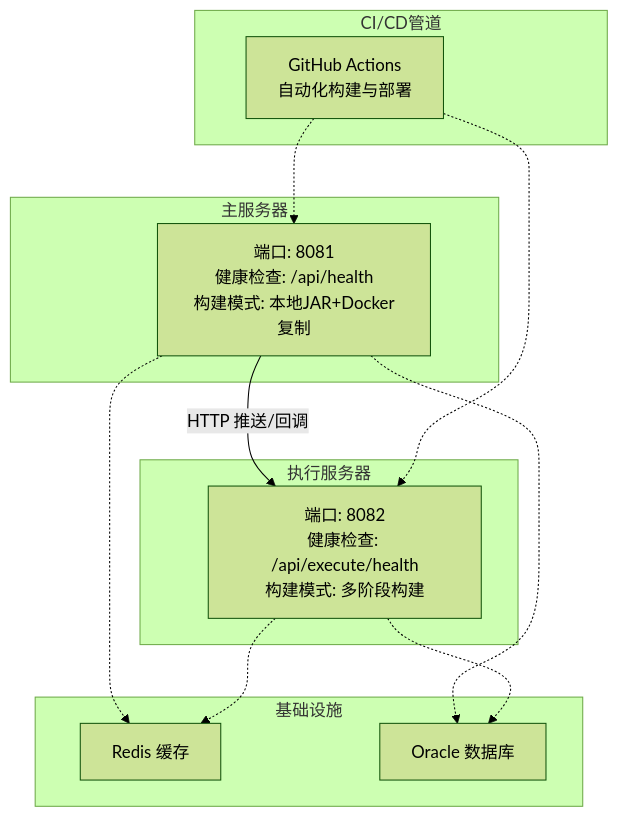
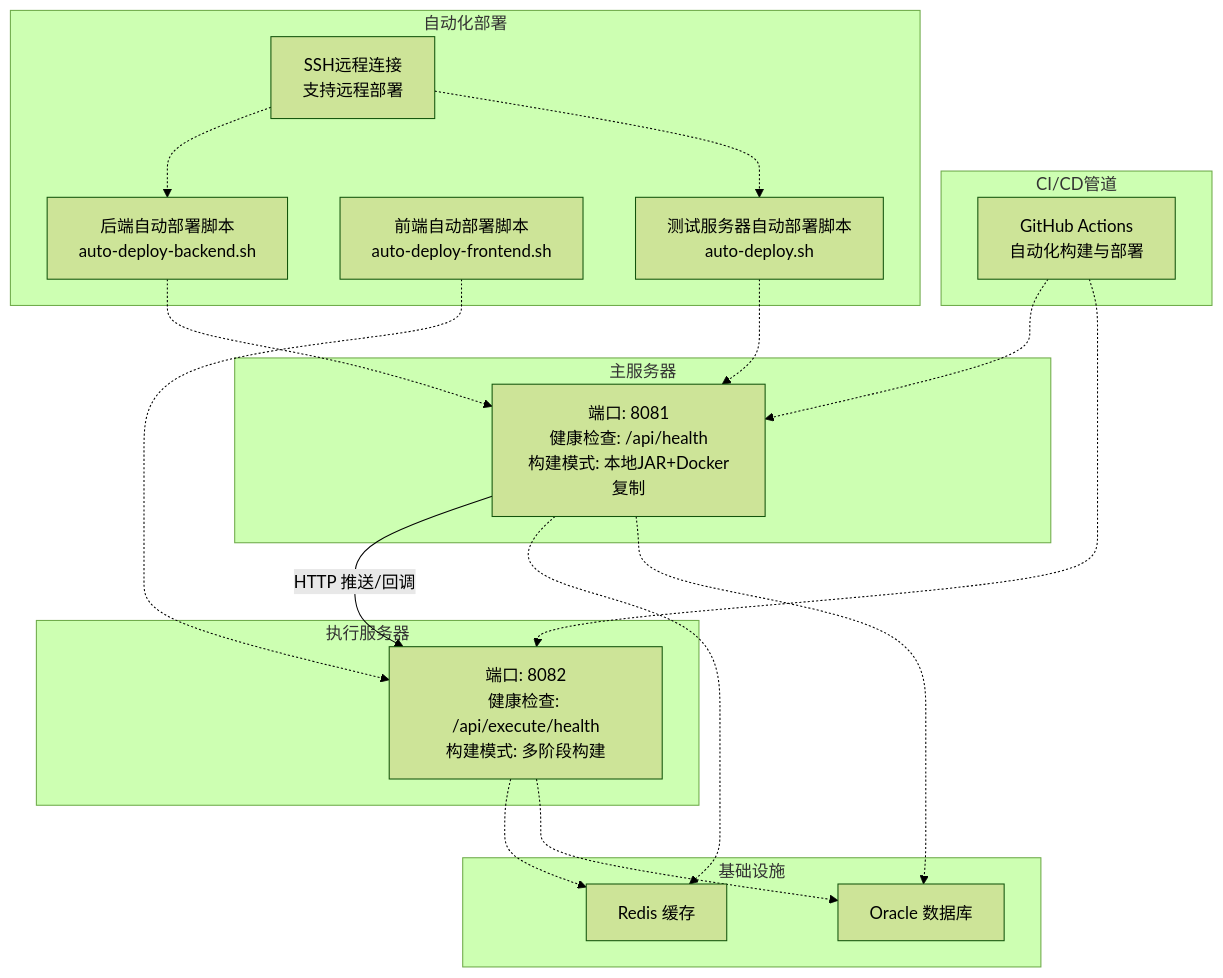
One commit to liuzh2008/med_ai_assistant_workspace changed the second of 8 diagrams in .qoder/repowiki/zh/content/部署指南/Docker容器化部署.md. Above: the diagram before and after it, drawn with Mermaid (forest theme). The commit also changed other lines of this file and 4 other files, not shown here.

````diff
--- a/.qoder/repowiki/zh/content/部署指南/Docker容器化部署.md
+++ b/.qoder/repowiki/zh/content/部署指南/Docker容器化部署.md
@@ -102,23 +124,34 @@
 ```mermaid
 graph TB
 subgraph "主服务器"
 M["端口: 8081<br/>健康检查: /api/health<br/>构建模式: 本地JAR+Docker复制"]
 end
 subgraph "执行服务器"
 E["端口: 8082<br/>健康检查: /api/execute/health<br/>构建模式: 多阶段构建"]
 end
 subgraph "基础设施"
 R["Redis 缓存"]
 O["Oracle 数据库"]
 end
 subgraph "CI/CD管道"
 GHA["GitHub Actions<br/>自动化构建与部署"]
 end
+subgraph "自动化部署"
+ADB["后端自动部署脚本<br/>auto-deploy-backend.sh"]
+ADF["前端自动部署脚本<br/>auto-deploy-frontend.sh"]
+ATS["测试服务器自动部署脚本<br/>auto-deploy.sh"]
+SSH["SSH远程连接<br/>支持远程部署"]
+end
 M -- "HTTP 推送/回调" --> E
 M -.-> R
 E -.-> R
 M -.-> O
 E -.-> O
 GHA -.-> M
 GHA -.-> E
+ADB -.-> M
+ADF -.-> E
+ATS -.-> M
+SSH -.-> ADB
+SSH -.-> ATS
 ```
````
